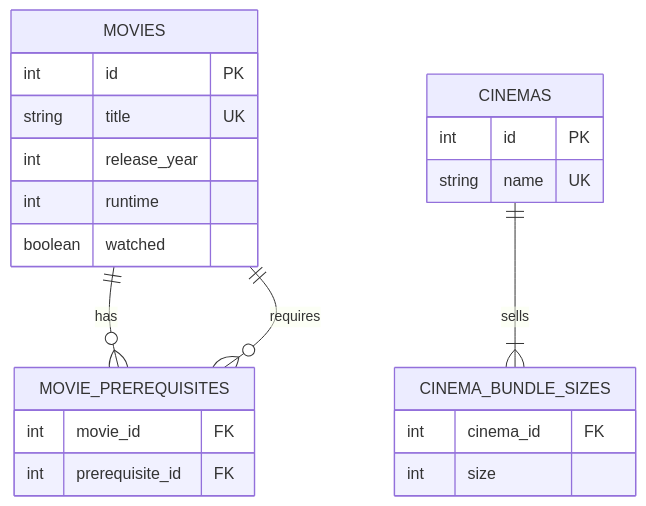
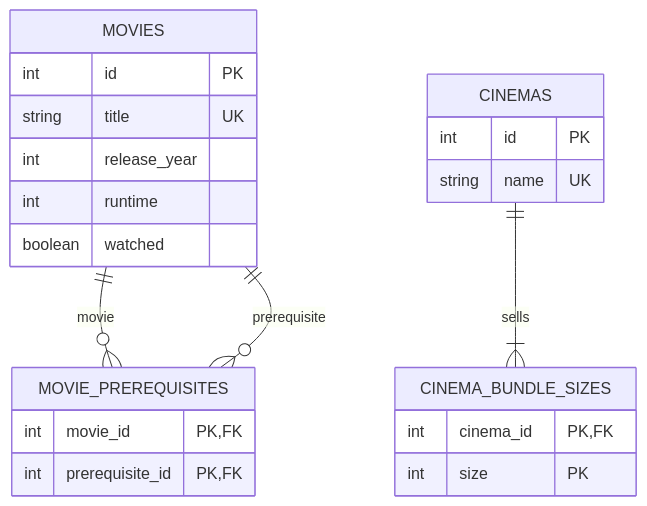
The diagram in README.md (Ismam0044/Doomsday-Ready), drawn with Mermaid before and after one commit. The commit also changed other lines of this file and 3 other files, not shown here.

````diff
--- a/README.md
+++ b/README.md
@@ -42,25 +31,25 @@
 ```mermaid
 erDiagram
-  MOVIES ||--o{ MOVIE_PREREQUISITES : has
-  MOVIES ||--o{ MOVIE_PREREQUISITES : requires
+  MOVIES ||--o{ MOVIE_PREREQUISITES : movie
+  MOVIES ||--o{ MOVIE_PREREQUISITES : prerequisite
   CINEMAS ||--|{ CINEMA_BUNDLE_SIZES : sells
   MOVIES {
     int id PK
     string title UK
     int release_year
     int runtime
     boolean watched
   }
   MOVIE_PREREQUISITES {
-    int movie_id FK
-    int prerequisite_id FK
+    int movie_id PK, FK
+    int prerequisite_id PK, FK
   }
   CINEMAS {
     int id PK
     string name UK
   }
   CINEMA_BUNDLE_SIZES {
-    int cinema_id FK
-    int size
+    int cinema_id PK, FK
+    int size PK
   }
 ```
````
